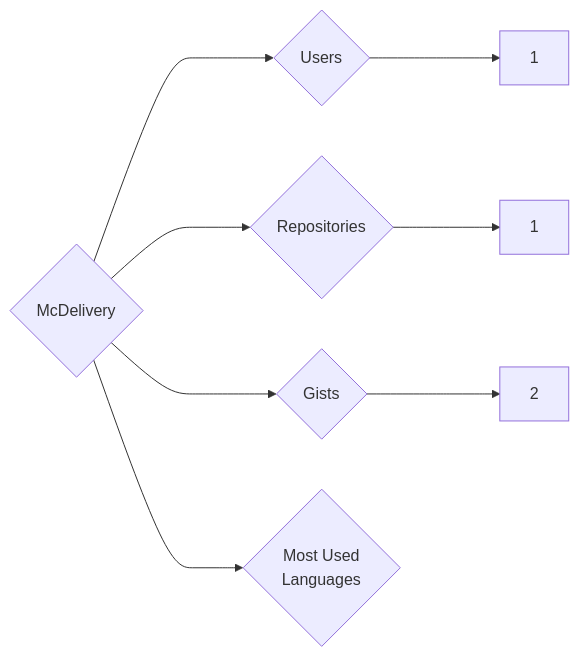
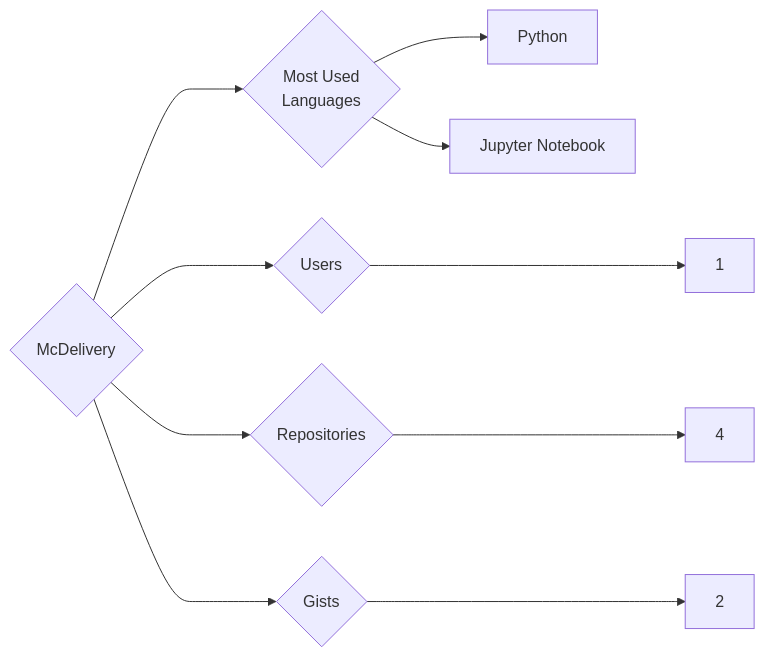
The diagram in targets/McDelivery/README.md (trickest/insiders), drawn with Mermaid before and after one commit. The commit also changed 912 other files, not shown here.

````diff
--- a/targets/McDelivery/README.md
+++ b/targets/McDelivery/README.md
@@ -3,8 +3,10 @@
 ```mermaid
 graph LR
 COMPANY_NAME{McDelivery}
 COMPANY_NAME ---> U{Users} ---> UN[1]
-COMPANY_NAME ---> R{Repositories} ---> RN[1]
+COMPANY_NAME ---> R{Repositories} ---> RN[4]
 COMPANY_NAME ---> G{Gists} ---> GN[2]
 COMPANY_NAME ---> ML{Most Used<br>Languages}
+ML --> Python[Python]
+ML --> Jupyter_Notebook[Jupyter Notebook]
 ```
````
